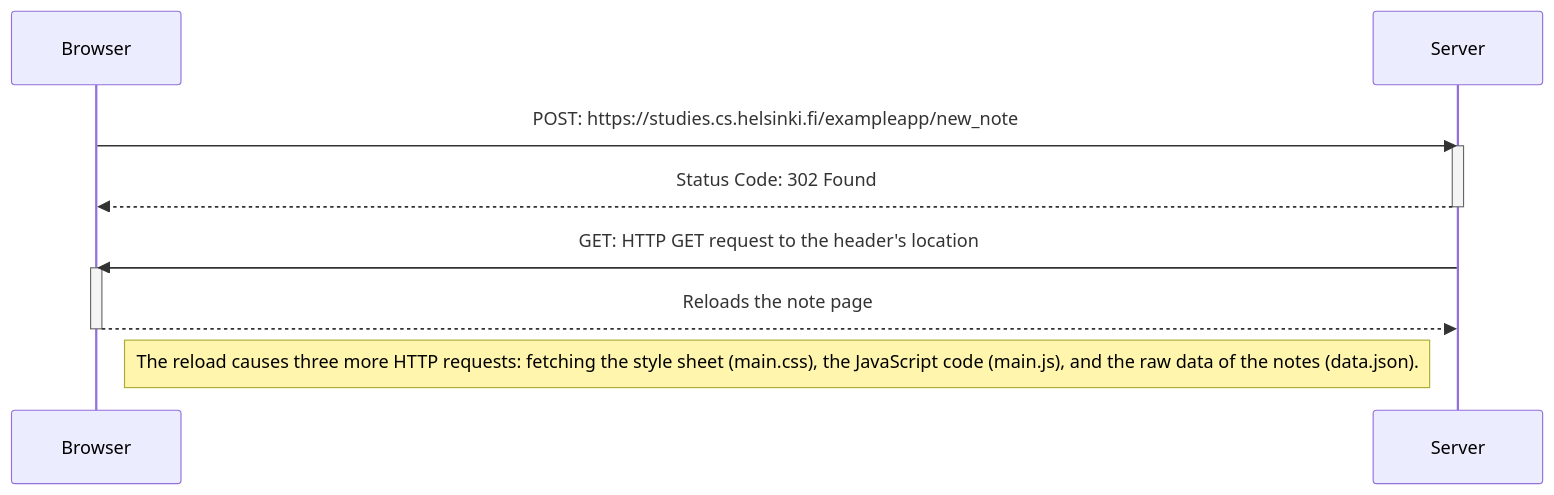
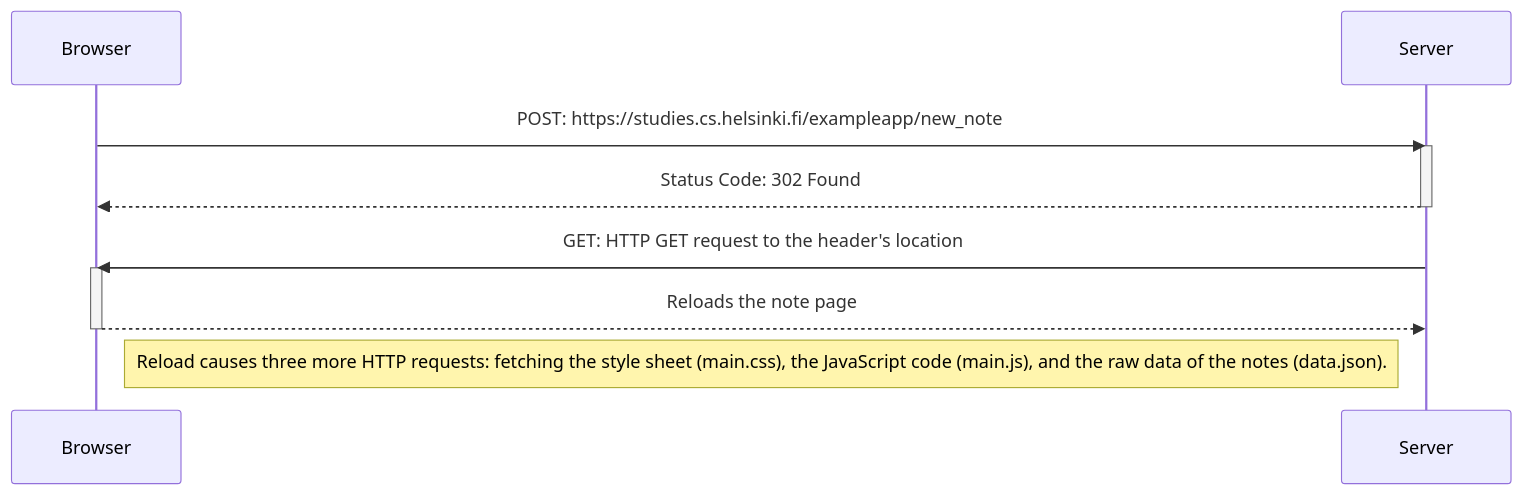
The diagram in Part0/new-note-diagram.md (rahul-004x/fsopen-containers), drawn with Mermaid before and after one commit.

````diff
--- a/Part0/new-note-diagram.md
+++ b/Part0/new-note-diagram.md
@@ -1,20 +1,20 @@
 ```mermaid
 
 sequenceDiagram
     participant Browser
     participant Server
 
     Browser->>Server: POST: https://studies.cs.helsinki.fi/exampleapp/new_note
     activate Server
     Server-->>Browser: Status Code: 302 Found
     deactivate Server
 
     Server->>Browser: GET: HTTP GET request to the header's location 
     activate Browser
     Browser-->>Server: Reloads the note page
     deactivate Browser
 
-    Note right of Browser: The reload causes three more HTTP requests: fetching the style sheet (main.css), the JavaScript code (main.js), and the raw data of the notes (data.json).
+    Note right of Browser: Reload causes three more HTTP requests: fetching the style sheet (main.css), the JavaScript code (main.js), and the raw data of the notes (data.json).
 
 
 ```
````
